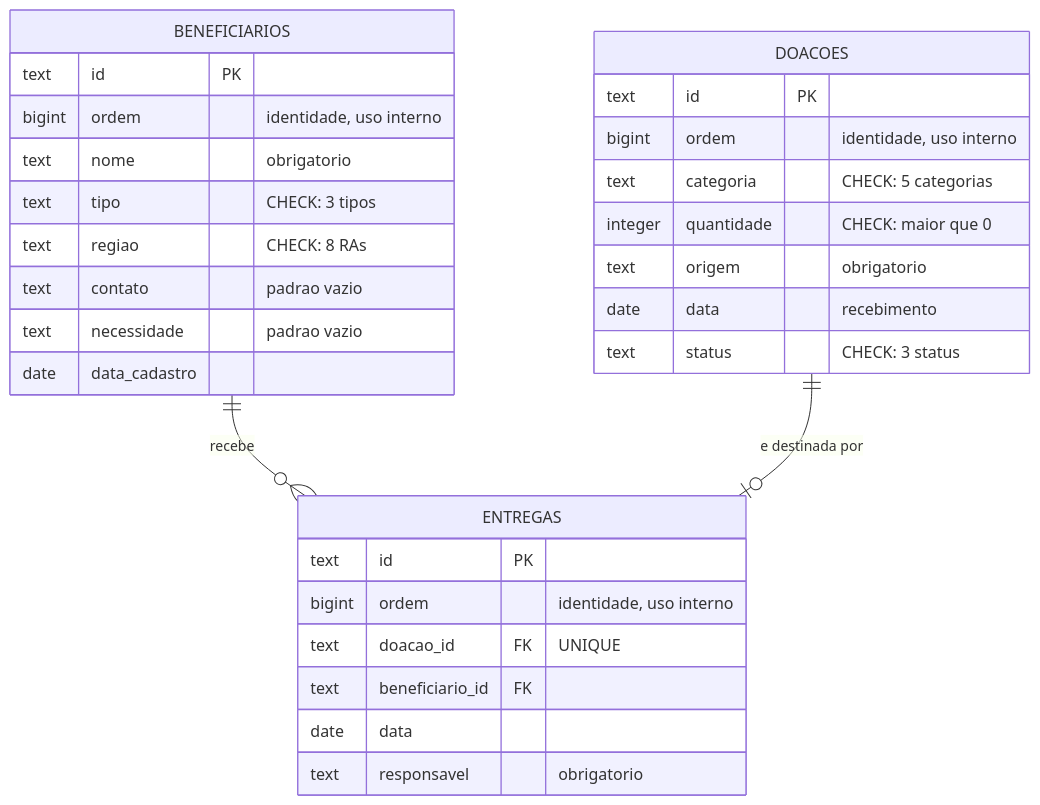
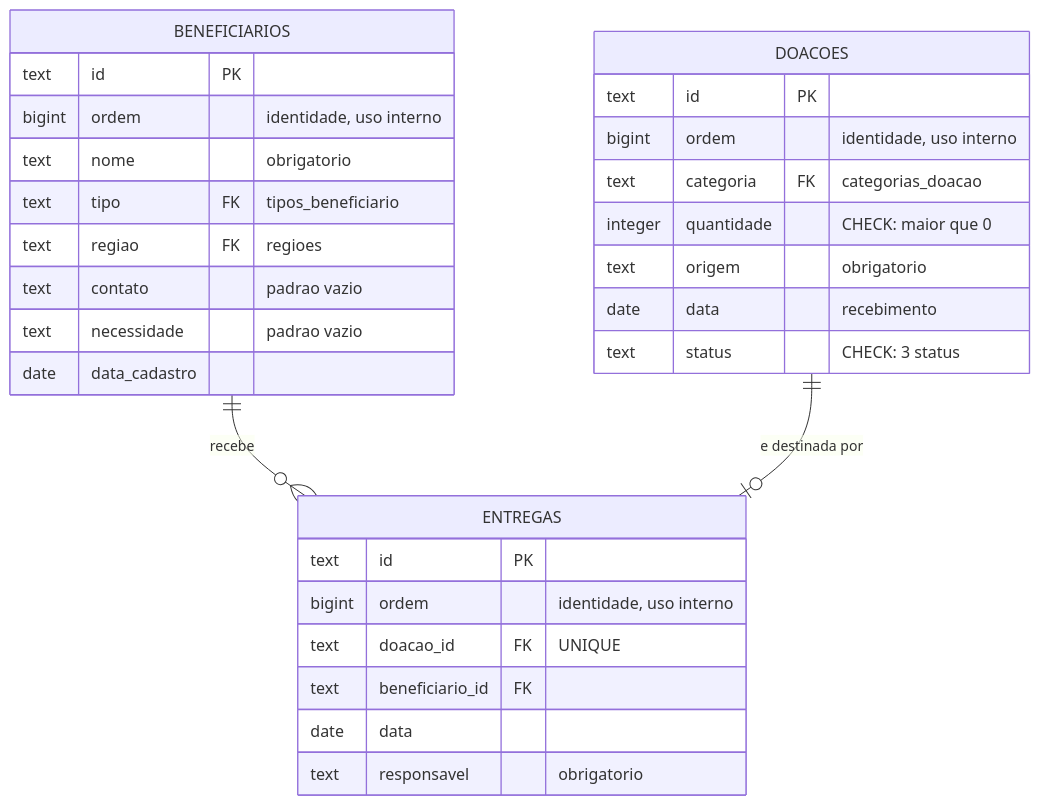
The second of 7 diagrams in docs/DOCUMENTACAO_TECNICA.md (marciohector06-lgtm/sistema-Liga-candanga-solitaria), drawn with Mermaid before and after one commit. The commit also changed other lines of this file and 27 other files, not shown here.

````diff
--- a/docs/DOCUMENTACAO_TECNICA.md
+++ b/docs/DOCUMENTACAO_TECNICA.md
@@ -669,33 +677,33 @@
 ```mermaid
 erDiagram
   BENEFICIARIOS ||--o{ ENTREGAS : "recebe"
   DOACOES ||--o| ENTREGAS : "e destinada por"
 
   BENEFICIARIOS {
     text id PK
     bigint ordem "identidade, uso interno"
     text nome "obrigatorio"
-    text tipo "CHECK: 3 tipos"
-    text regiao "CHECK: 8 RAs"
+    text tipo FK "tipos_beneficiario"
+    text regiao FK "regioes"
     text contato "padrao vazio"
     text necessidade "padrao vazio"
     date data_cadastro
   }
   DOACOES {
     text id PK
     bigint ordem "identidade, uso interno"
-    text categoria "CHECK: 5 categorias"
+    text categoria FK "categorias_doacao"
     integer quantidade "CHECK: maior que 0"
     text origem "obrigatorio"
     date data "recebimento"
     text status "CHECK: 3 status"
   }
   ENTREGAS {
     text id PK
     bigint ordem "identidade, uso interno"
     text doacao_id FK "UNIQUE"
     text beneficiario_id FK
     date data
     text responsavel "obrigatorio"
   }
 ```
````
